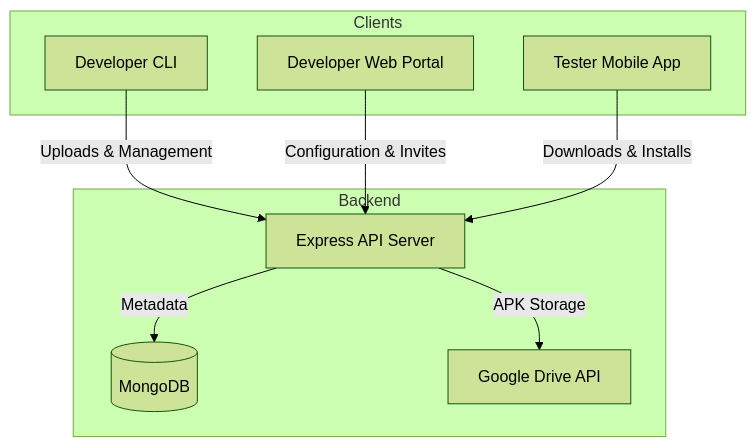
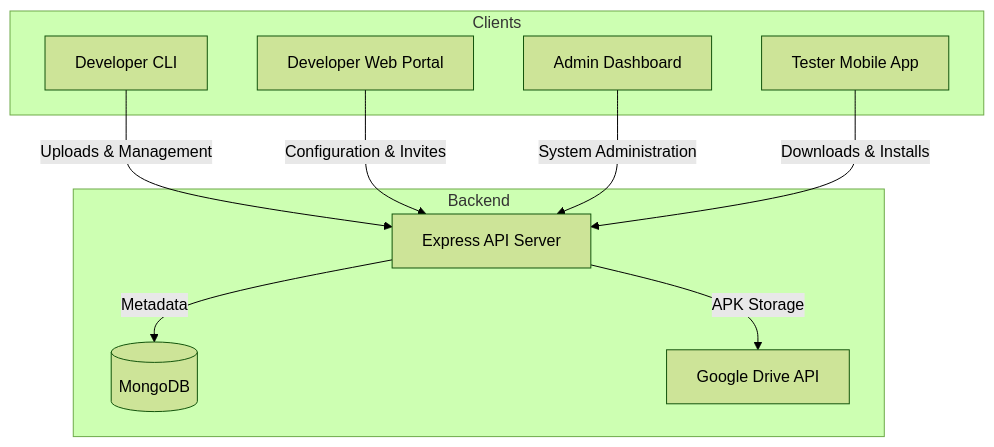
Before and after one commit to Subrata2402/testapk: the diagram in README.md, drawn with Mermaid (forest theme). The commit also changed other lines of this file and 2 other files, not shown here.

Commit message:
docs: add admin dashboard documentation and update project architecture overview

````diff
--- a/README.md
+++ b/README.md
@@ -9,21 +9,23 @@
 ```mermaid
 graph TD
     subgraph Clients
         CLI[Developer CLI]
         Web[Developer Web Portal]
+        Admin[Admin Dashboard]
         App[Tester Mobile App]
     end
 
     subgraph Backend
         Server[Express API Server]
         DB[(MongoDB)]
         Drive[Google Drive API]
     end
 
     CLI -->|Uploads & Management| Server
     Web -->|Configuration & Invites| Server
+    Admin -->|System Administration| Server
     App -->|Downloads & Installs| Server
 
     Server -->|Metadata| DB
     Server -->|APK Storage| Drive
 ```
````
